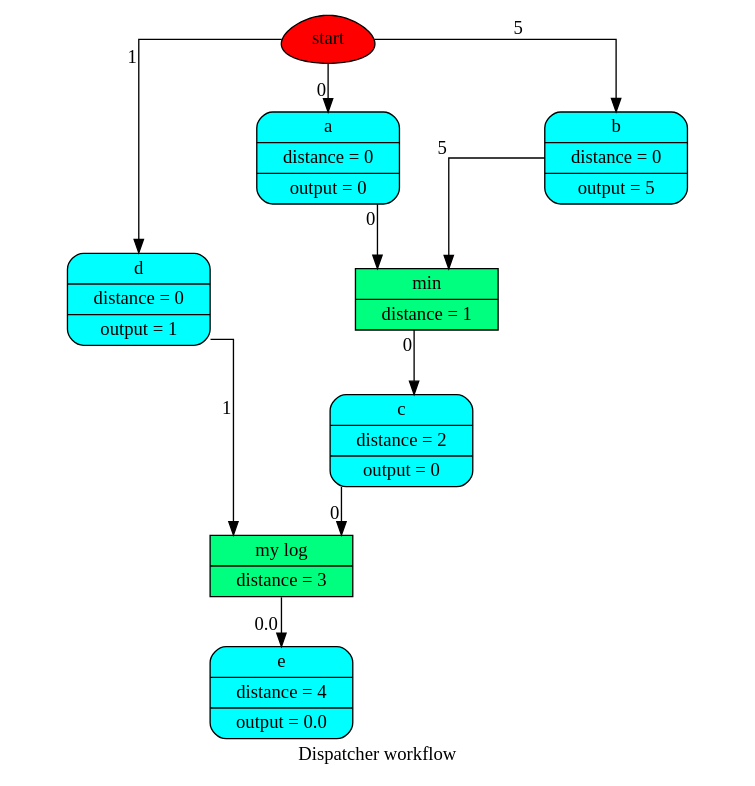
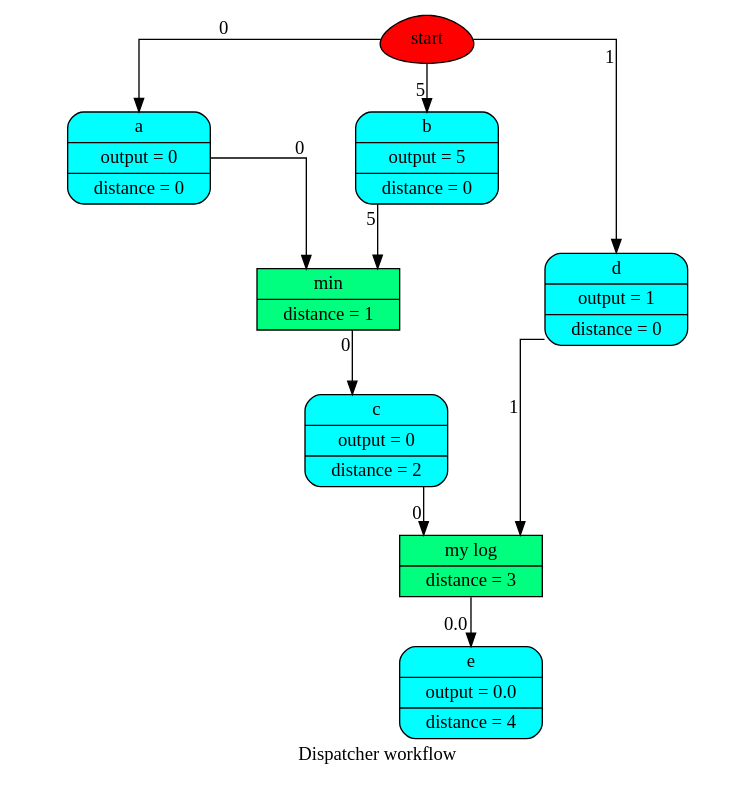
One commit to vinci1it2000/schedula changed the diagram in doc/source/dispatcher/__init__/dispatch/wf1.dot. Above: the diagram before and after it, drawn with Graphviz. The commit also changed 127 other files, not shown here.

```diff
--- a/doc/source/dispatcher/__init__/dispatch/wf1.dot
+++ b/doc/source/dispatcher/__init__/dispatch/wf1.dot
@@ -1,23 +1,23 @@
 digraph Dispatcher {
 	graph [ratio=1]
 	node [style=filled]
+	splines = ortho
 	label = "Dispatcher workflow"
-	splines = ortho
-		Dispatcher_4373721400 [label=start fillcolor=red shape=egg]
-		Dispatcher_4028652557604299651 [label="{ d | distance = 0 | output = 1 }" fillcolor=cyan shape=Mrecord]
-		"Dispatcher_-6116169728861687157" [label="{ e | distance = 4 | output = 0.0 }" fillcolor=cyan shape=Mrecord]
-		"Dispatcher_-7507378464262976571" [label="{ min | distance = 1 }" fillcolor=springgreen shape=record]
-		"Dispatcher_-1739731674132073175" [label="{ c | distance = 2 | output = 0 }" fillcolor=cyan shape=Mrecord]
-		"Dispatcher_-8503278920192876870" [label="{ a | distance = 0 | output = 0 }" fillcolor=cyan shape=Mrecord]
-		"Dispatcher_-3117625956851900853" [label="{ b | distance = 0 | output = 5 }" fillcolor=cyan shape=Mrecord]
-		Dispatcher_760629238729994844 [label="{ my log | distance = 3 }" fillcolor=springgreen shape=record]
-			Dispatcher_4028652557604299651 -> Dispatcher_760629238729994844 [xlabel=1]
-			"Dispatcher_-7507378464262976571" -> "Dispatcher_-1739731674132073175" [xlabel=0]
-			Dispatcher_4373721400 -> "Dispatcher_-8503278920192876870" [xlabel=0]
-			Dispatcher_4373721400 -> "Dispatcher_-3117625956851900853" [xlabel=5]
-			Dispatcher_4373721400 -> Dispatcher_4028652557604299651 [xlabel=1]
-			"Dispatcher_-1739731674132073175" -> Dispatcher_760629238729994844 [xlabel=0]
-			"Dispatcher_-8503278920192876870" -> "Dispatcher_-7507378464262976571" [xlabel=0]
-			"Dispatcher_-3117625956851900853" -> "Dispatcher_-7507378464262976571" [xlabel=5]
-			Dispatcher_760629238729994844 -> "Dispatcher_-6116169728861687157" [xlabel=0.0]
+		Dispatcher_4371534136 [label=start fillcolor=red shape=egg]
+		Dispatcher_1674253456152474721 [label="{ a | output = 0 | distance = 0 }" fillcolor=cyan shape=Mrecord]
+		"Dispatcher_-3880668967023091642" [label="{ my log | distance = 3 }" fillcolor=springgreen shape=record]
+		"Dispatcher_-8148864136927155498" [label="{ min | distance = 1 }" fillcolor=springgreen shape=record]
+		"Dispatcher_-6274141345031817014" [label="{ b | output = 5 | distance = 0 }" fillcolor=cyan shape=Mrecord]
+		"Dispatcher_-6328780589348846534" [label="{ e | output = 0.0 | distance = 4 }" fillcolor=cyan shape=Mrecord]
+		"Dispatcher_-6575553139397358114" [label="{ d | output = 1 | distance = 0 }" fillcolor=cyan shape=Mrecord]
+		Dispatcher_4736239098108350630 [label="{ c | output = 0 | distance = 2 }" fillcolor=cyan shape=Mrecord]
+			Dispatcher_1674253456152474721 -> "Dispatcher_-8148864136927155498" [xlabel=0]
+			"Dispatcher_-3880668967023091642" -> "Dispatcher_-6328780589348846534" [xlabel=0.0]
+			"Dispatcher_-8148864136927155498" -> Dispatcher_4736239098108350630 [xlabel=0]
+			Dispatcher_4371534136 -> Dispatcher_1674253456152474721 [xlabel=0]
+			Dispatcher_4371534136 -> "Dispatcher_-6274141345031817014" [xlabel=5]
+			Dispatcher_4371534136 -> "Dispatcher_-6575553139397358114" [xlabel=1]
+			"Dispatcher_-6274141345031817014" -> "Dispatcher_-8148864136927155498" [xlabel=5]
+			"Dispatcher_-6575553139397358114" -> "Dispatcher_-3880668967023091642" [xlabel=1]
+			Dispatcher_4736239098108350630 -> "Dispatcher_-3880668967023091642" [xlabel=0]
 }
```
